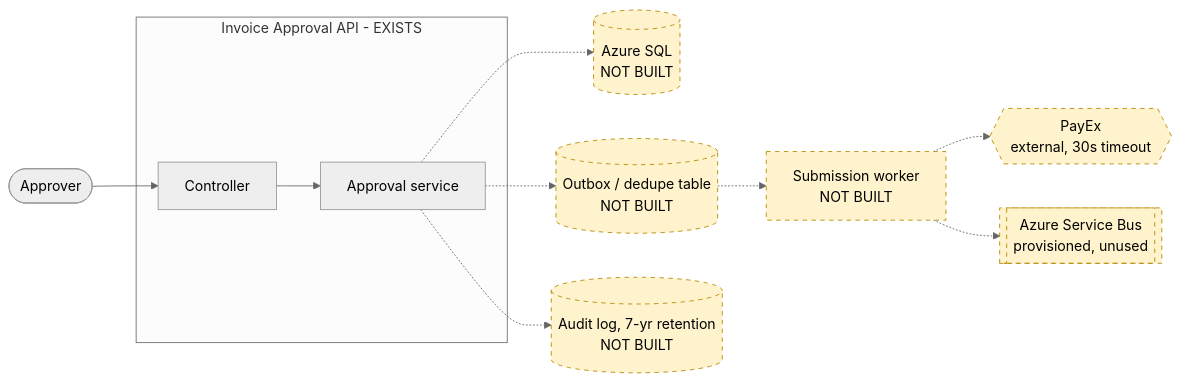
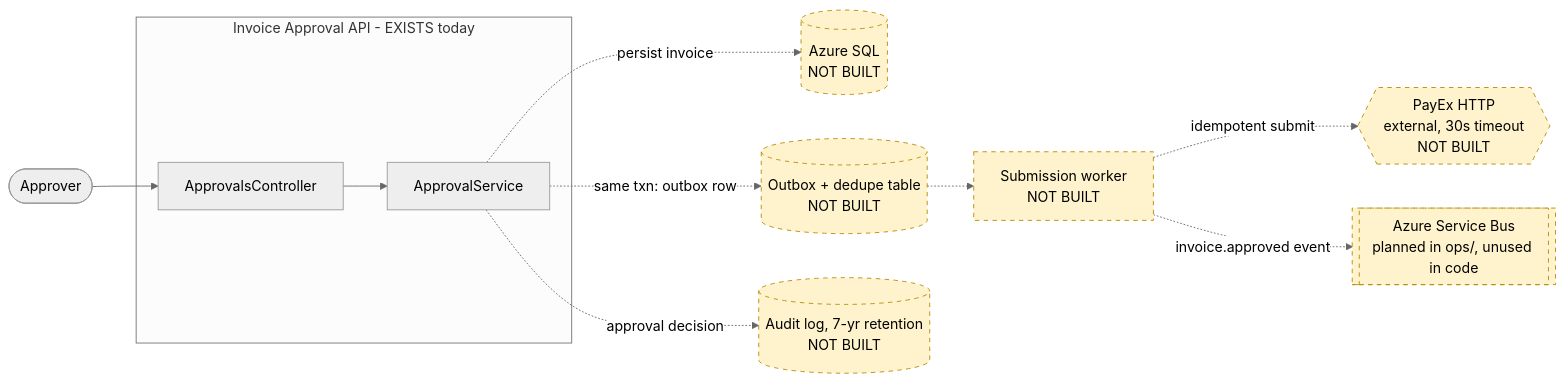
The diagram in 01-architecture/target-state.mmd (ankush02nagarro/ai-in-sdlc-assignment), drawn with Mermaid (neutral theme) before and after one commit. The commit also changed 34 other files, not shown here.

Commit message:
Complete remaining assignment deliverables: architecture, ADR, policy, risk, baseline, demo script, logs.

```diff
--- a/01-architecture/target-state.mmd
+++ b/01-architecture/target-state.mmd
@@ -1,20 +1,21 @@
 %% TARGET state. Dashed / "NOT BUILT" = does not exist in the repo today
 flowchart LR
   user([Approver])
-  subgraph app[Invoice Approval API - EXISTS]
-    ctrl[Controller]
-    svc[Approval service]
+  subgraph app[Invoice Approval API - EXISTS today]
+    ctrl[ApprovalsController]
+    svc[ApprovalService]
   end
   db[(Azure SQL<br/>NOT BUILT)]:::missing
-  outbox[(Outbox / dedupe table<br/>NOT BUILT)]:::missing
+  outbox[(Outbox + dedupe table<br/>NOT BUILT)]:::missing
   worker[Submission worker<br/>NOT BUILT]:::missing
-  sb[[Azure Service Bus<br/>provisioned, unused]]:::missing
-  payex{{PayEx<br/>external, 30s timeout}}:::missing
+  sb[[Azure Service Bus<br/>planned in ops/, unused in code]]:::missing
+  payex{{PayEx HTTP<br/>external, 30s timeout<br/>NOT BUILT}}:::missing
   audit[(Audit log, 7-yr retention<br/>NOT BUILT)]:::missing
   user --> ctrl --> svc
-  svc -.-> db
-  svc -.-> outbox
-  svc -.-> audit
-  outbox -.-> worker -.-> payex
-  worker -.-> sb
+  svc -.->|persist invoice| db
+  svc -.->|same txn: outbox row| outbox
+  svc -.->|approval decision| audit
+  outbox -.-> worker
+  worker -.->|idempotent submit| payex
+  worker -.->|invoice.approved event| sb
   classDef missing stroke-dasharray: 5 5,fill:#fff3cd,stroke:#b58900;
```
